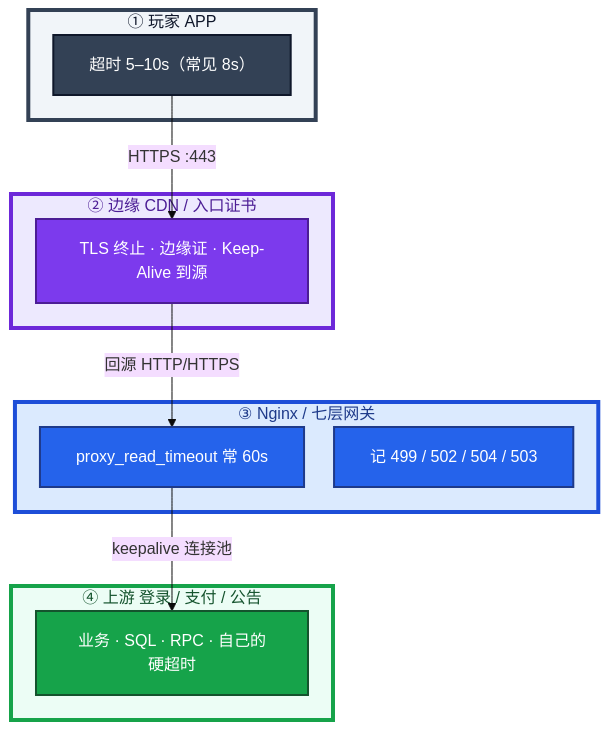
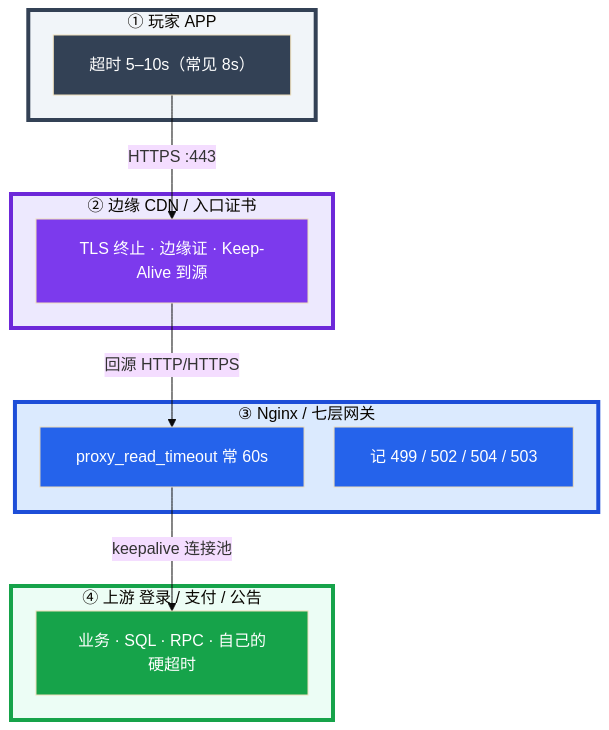
Before and after one commit to ml-cuizijun/LearnToLilith: the second of 7 diagrams in 02-基础底座/09-HTTP与TLS/知识点.md, drawn with Mermaid. The commit also changed other lines of this file and 213 other files, not shown here.

````diff
--- a/02-基础底座/09-HTTP与TLS/知识点.md
+++ b/02-基础底座/09-HTTP与TLS/知识点.md
@@ -85,38 +70,38 @@
 ```mermaid
 %%{init: {"flowchart": {"padding": 18, "nodeSpacing": 30, "rankSpacing": 50}, "theme": "base"}}%%
 flowchart TB
     subgraph app ["① 玩家 APP"]
         a1["超时 5–10s（常见 8s）"]
     end
 
     subgraph edge ["② 边缘 CDN / 入口证书"]
         e1[TLS 终止 · 边缘证 · Keep-Alive 到源]
     end
 
     subgraph gw ["③ Nginx / 七层网关"]
         g1["proxy_read_timeout 常 60s"]
         g2[记 499 / 502 / 504 / 503]
     end
 
     subgraph up ["④ 上游 登录 / 支付 / 公告"]
         u1[业务 · SQL · RPC · 自己的硬超时]
     end
 
     a1 -->|"HTTPS :443"| e1
     e1 -->|回源 HTTP/HTTPS| g1
     g1 -->|keepalive 连接池| u1
 
-    classDef a fill:#334155,stroke:#0F172A,stroke-width:2px,color:#fff
-    classDef b fill:#7C3AED,stroke:#4C1D95,stroke-width:2px,color:#fff
-    classDef c fill:#2563EB,stroke:#1E3A8A,stroke-width:2px,color:#fff
-    classDef d fill:#16A34A,stroke:#14532D,stroke-width:2px,color:#fff
+    classDef a fill:#334155,color:#fff
+    classDef b fill:#7C3AED,color:#fff
+    classDef c fill:#2563EB,color:#fff
+    classDef d fill:#16A34A,color:#fff
     class a1 a
     class e1 b
     class g1,g2 c
     class u1 d
 
-    style app fill:#F1F5F9,stroke:#334155,stroke-width:4px,color:#0F172A
-    style edge fill:#EDE9FE,stroke:#6D28D9,stroke-width:4px,color:#4C1D95
-    style gw fill:#DBEAFE,stroke:#1D4ED8,stroke-width:4px,color:#1E3A8A
-    style up fill:#ECFDF5,stroke:#16A34A,stroke-width:4px,color:#14532D
+    style app fill:#F1F5F9,stroke:#334155,stroke-width:4px
+    style edge fill:#EDE9FE,stroke:#6D28D9,stroke-width:4px
+    style gw fill:#DBEAFE,stroke:#1D4ED8,stroke-width:4px
+    style up fill:#ECFDF5,stroke:#16A34A,stroke-width:4px
 ```
````
